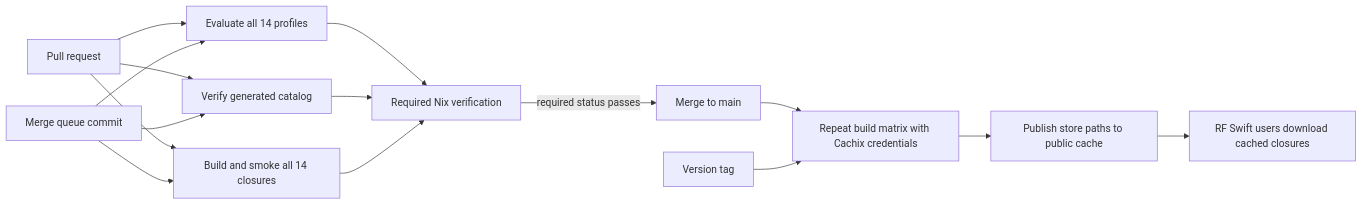
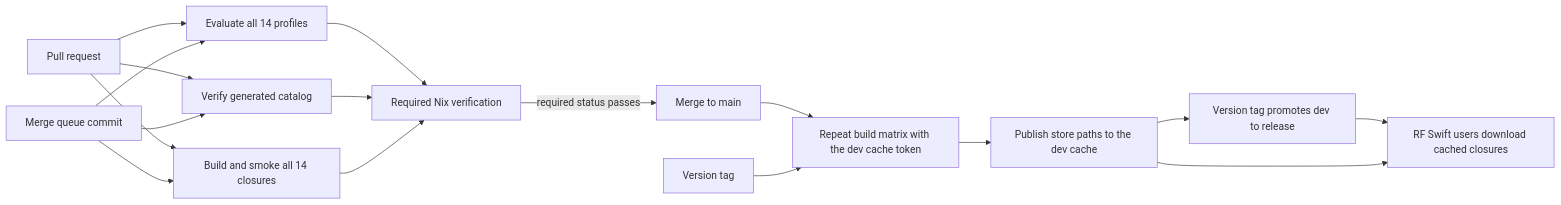
The diagram in docs/ci-cd.md (PentHertz/RF-Swift-nix), drawn with Mermaid before and after one commit. The commit also changed other lines of this file and 7 other files, not shown here.

````diff
--- a/docs/ci-cd.md
+++ b/docs/ci-cd.md
@@ -29,17 +32,19 @@
 ```mermaid
 flowchart LR
     PR[Pull request] --> E[Evaluate all 14 profiles]
     PR --> C[Verify generated catalog]
     PR --> B[Build and smoke all 14 closures]
     MQ[Merge queue commit] --> E
     MQ --> C
     MQ --> B
     E --> G[Required Nix verification]
     C --> G
     B --> G
     G -->|required status passes| M[Merge to main]
-    M --> P[Repeat build matrix with Cachix credentials]
-    P --> X[Publish store paths to public cache]
+    M --> P[Repeat build matrix with the dev cache token]
+    P --> X[Publish store paths to the dev cache]
+    X --> R[Version tag promotes dev to release]
+    R --> U
     T[Version tag] --> P
     X --> U[RF Swift users download cached closures]
 ```
````
